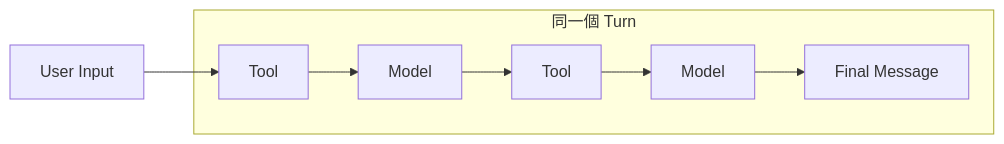
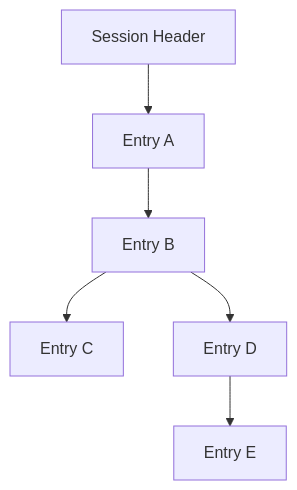
One commit to indigofeather/harness-book changed the third of 5 diagrams in docs/foundations/thread-turn-item.md. Above: the diagram before and after it, drawn with Mermaid. The commit also changed other lines of this file and 48 other files, not shown here.

````diff
--- a/docs/foundations/thread-turn-item.md
+++ b/docs/foundations/thread-turn-item.md
@@ -117,15 +66,8 @@
 ```mermaid
-flowchart LR
-  U[User Input] --> A[Tool]
-  A --> B[Model]
-  B --> C[Tool]
-  C --> D[Model]
-  D --> E[Final Message]
-  subgraph OneTurn[同一個 Turn]
-    A
-    B
-    C
-    D
-    E
-  end
+flowchart TB
+  H[Session Header] --> A[Entry A]
+  A --> B[Entry B]
+  B --> C[Entry C]
+  B --> D[Entry D]
+  D --> E[Entry E]
 ```
````
